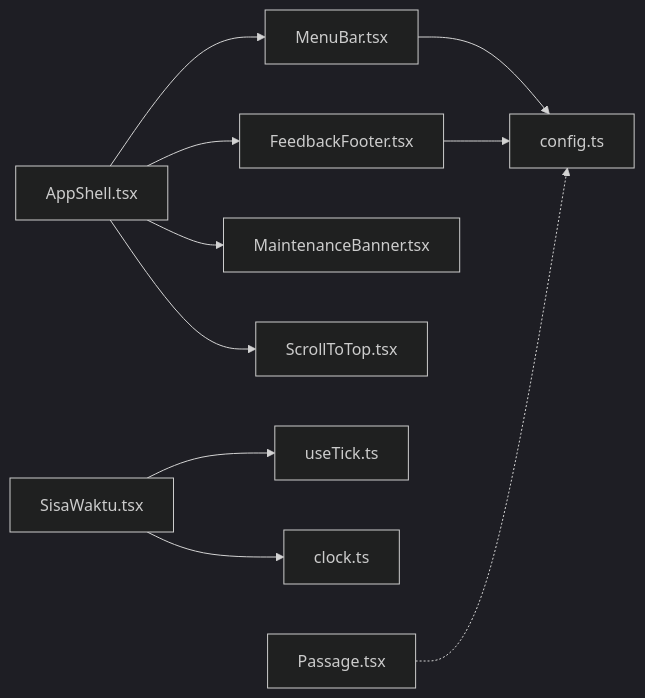
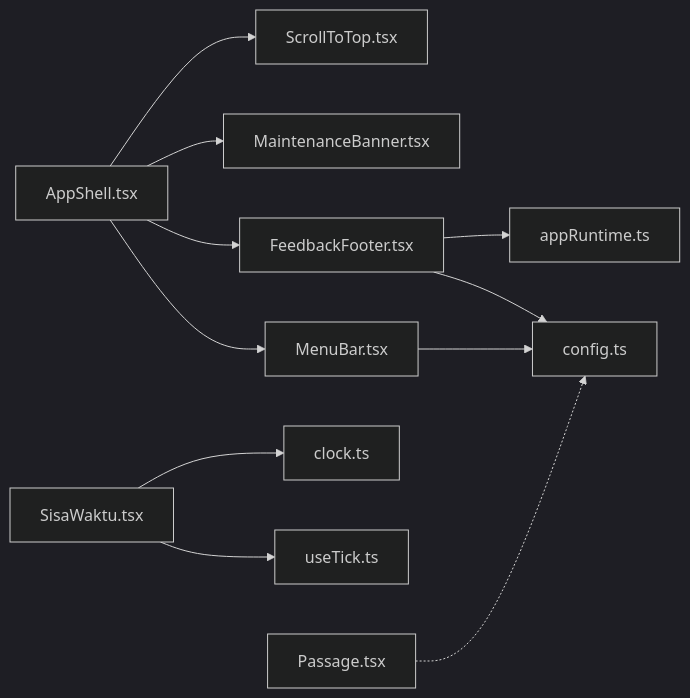
The third of 3 diagrams in .qoder/repowiki/en/content/Frontend Application/UI Components.md (muhammadhabibullah/tbs-lpdp), drawn with Mermaid (dark theme) before and after one commit. The commit also changed other lines of this file and 2 other files, not shown here.

````diff
--- a/.qoder/repowiki/en/content/Frontend Application/UI Components.md
+++ b/.qoder/repowiki/en/content/Frontend Application/UI Components.md
@@ -416,12 +436,13 @@
 ```mermaid
 graph LR
 AppShell["AppShell.tsx"] --> MenuBar["MenuBar.tsx"]
 AppShell --> FeedbackFooter["FeedbackFooter.tsx"]
 AppShell --> MaintenanceBanner["MaintenanceBanner.tsx"]
 AppShell --> ScrollToTop["ScrollToTop.tsx"]
 SisaWaktu["SisaWaktu.tsx"] --> useTick["useTick.ts"]
 SisaWaktu --> clock["clock.ts"]
 MenuBar --> config["config.ts"]
 FeedbackFooter --> config
+FeedbackFooter --> appRuntime["appRuntime.ts"]
 Passage["Passage.tsx"] -.-> config
 ```
````
